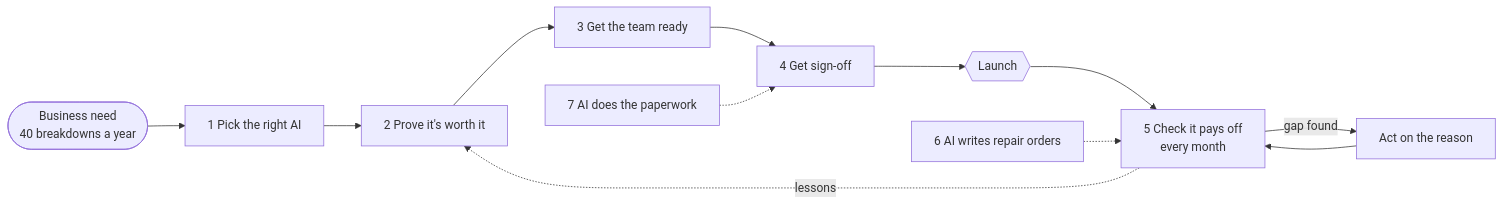
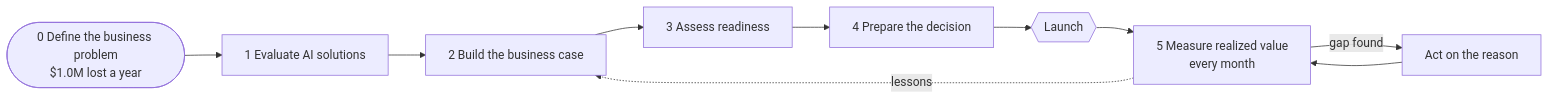
One commit to chaialishekar/AI-ROI-Navigator changed the diagram in README.md. Above: the diagram before and after it, drawn with Mermaid. The commit also changed other lines of this file and 13 other files, not shown here.

````diff
--- a/README.md
+++ b/README.md
@@ -9,14 +17,12 @@
 ```mermaid
 flowchart LR
-    N([Business need<br/>40 breakdowns a year]) --> S1[1 Pick the right AI]
-    S1 --> S2[2 Prove it's worth it]
-    S2 --> S3[3 Get the team ready]
-    S3 --> S4[4 Get sign-off]
+    N([0 Define the business problem<br/>$1.0M lost a year]) --> S1[1 Evaluate AI solutions]
+    S1 --> S2[2 Build the business case]
+    S2 --> S3[3 Assess readiness]
+    S3 --> S4[4 Prepare the decision]
     S4 --> L{{Launch}}
-    L --> S5[5 Check it pays off<br/>every month]
+    L --> S5[5 Measure realized value<br/>every month]
     S5 -- gap found --> A[Act on the reason]
     A --> S5
     S5 -. lessons .-> S2
-    G6[6 AI writes repair orders] -.-> S5
-    G7[7 AI does the paperwork] -.-> S4
 ```
````
